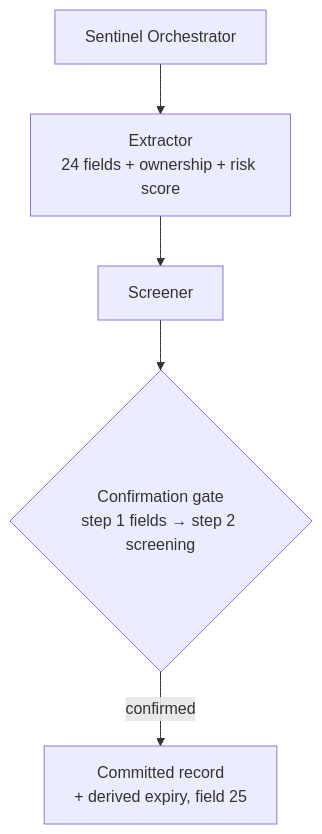
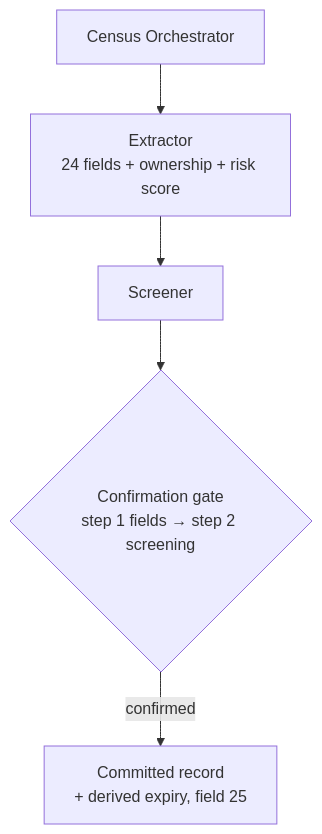
The first of 6 diagrams in README.md (dayltan-sudo/risk-compliance), drawn with Mermaid before and after one commit. The commit also changed other lines of this file and 104 other files, not shown here.

First line of the commit message:
Rename codenames: Sentinel -> Census, Atlas -> Salus, add Fiscus for credit-assessment

````diff
--- a/README.md
+++ b/README.md
@@ -19,7 +19,7 @@
 ```mermaid
 flowchart TD
-    O[Sentinel Orchestrator] --> Ex[Extractor<br/>24 fields + ownership + risk score]
+    O[Census Orchestrator] --> Ex[Extractor<br/>24 fields + ownership + risk score]
     Ex --> Sc[Screener]
     Sc --> G{Confirmation gate<br/>step 1 fields → step 2 screening}
     G -->|confirmed| Co[Committed record<br/>+ derived expiry, field 25]
 ```
````
